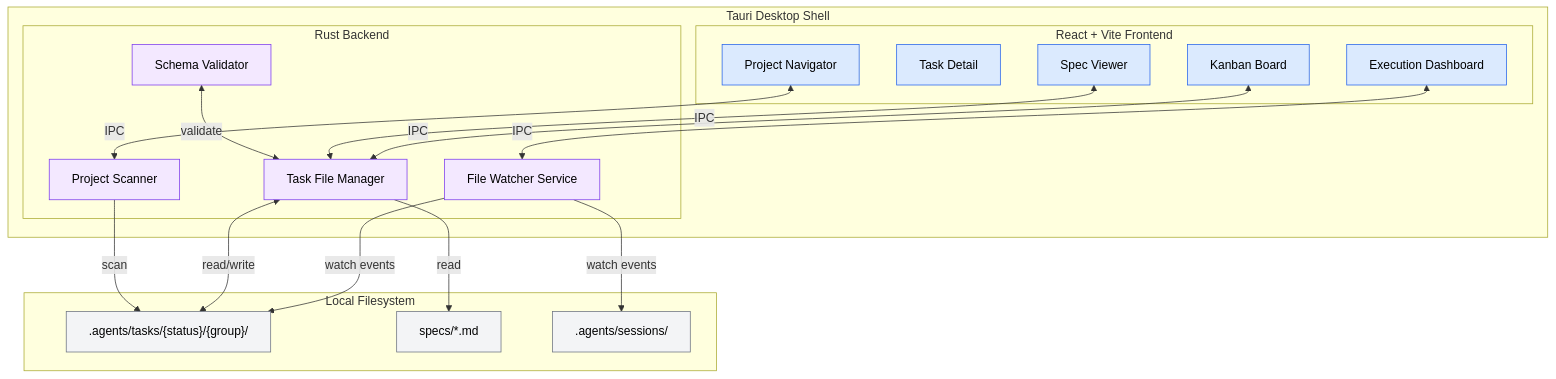
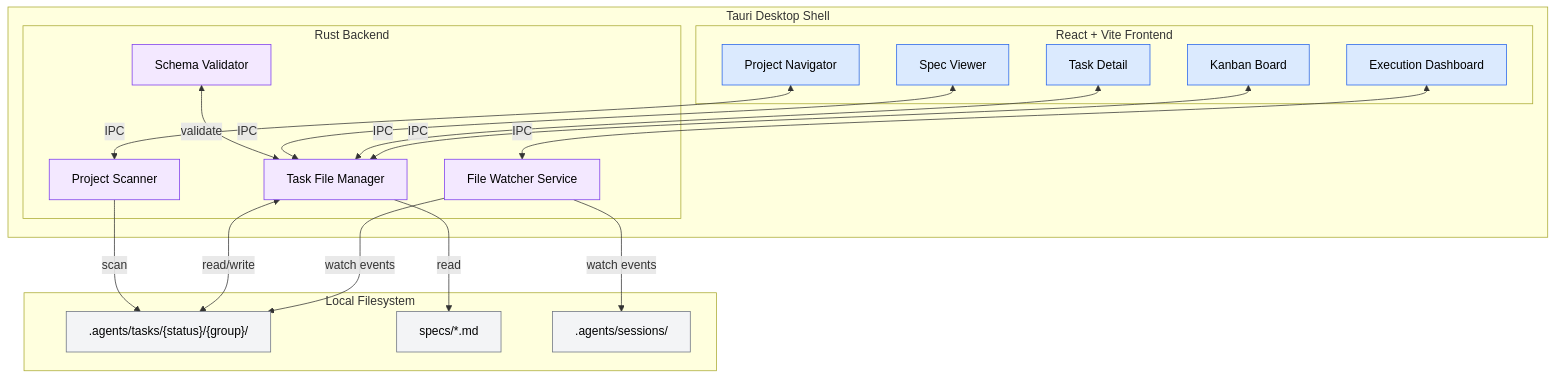
One commit to sequenzia/agent-tools changed the first of 2 diagrams in internal/specs/task-manager-SPEC.md. Above: the diagram before and after it, drawn with Mermaid. The commit also changed other lines of this file and 2 other files, not shown here.

````diff
--- a/internal/specs/task-manager-SPEC.md
+++ b/internal/specs/task-manager-SPEC.md
@@ -357,38 +359,39 @@
 ```mermaid
 flowchart TD
     subgraph desktop["Tauri Desktop Shell"]
         subgraph frontend["React + Vite Frontend"]
             A[Kanban Board]:::primary
             B[Task Detail]:::primary
             C[Execution Dashboard]:::primary
             D[Spec Viewer]:::primary
             E[Project Navigator]:::primary
         end
         subgraph backend["Rust Backend"]
             F[File Watcher Service]:::secondary
             G[Task File Manager]:::secondary
             H[Schema Validator]:::secondary
             I[Project Scanner]:::secondary
         end
     end
     subgraph filesystem["Local Filesystem"]
         J[".agents/tasks/{status}/{group}/"]:::neutral
         K["specs/*.md"]:::neutral
         L[".agents/sessions/"]:::neutral
     end
 
     A <-->|IPC| G
+    B <-->|IPC| G
     C <-->|IPC| F
     D <-->|IPC| G
     E <-->|IPC| I
     F -->|watch events| J
     F -->|watch events| L
     G <-->|read/write| J
     G -->|read| K
     H <-->|validate| G
     I -->|scan| J
 
     classDef primary fill:#dbeafe,stroke:#2563eb,color:#000
     classDef secondary fill:#f3e8ff,stroke:#7c3aed,color:#000
     classDef neutral fill:#f3f4f6,stroke:#6b7280,color:#000
 ```
````
